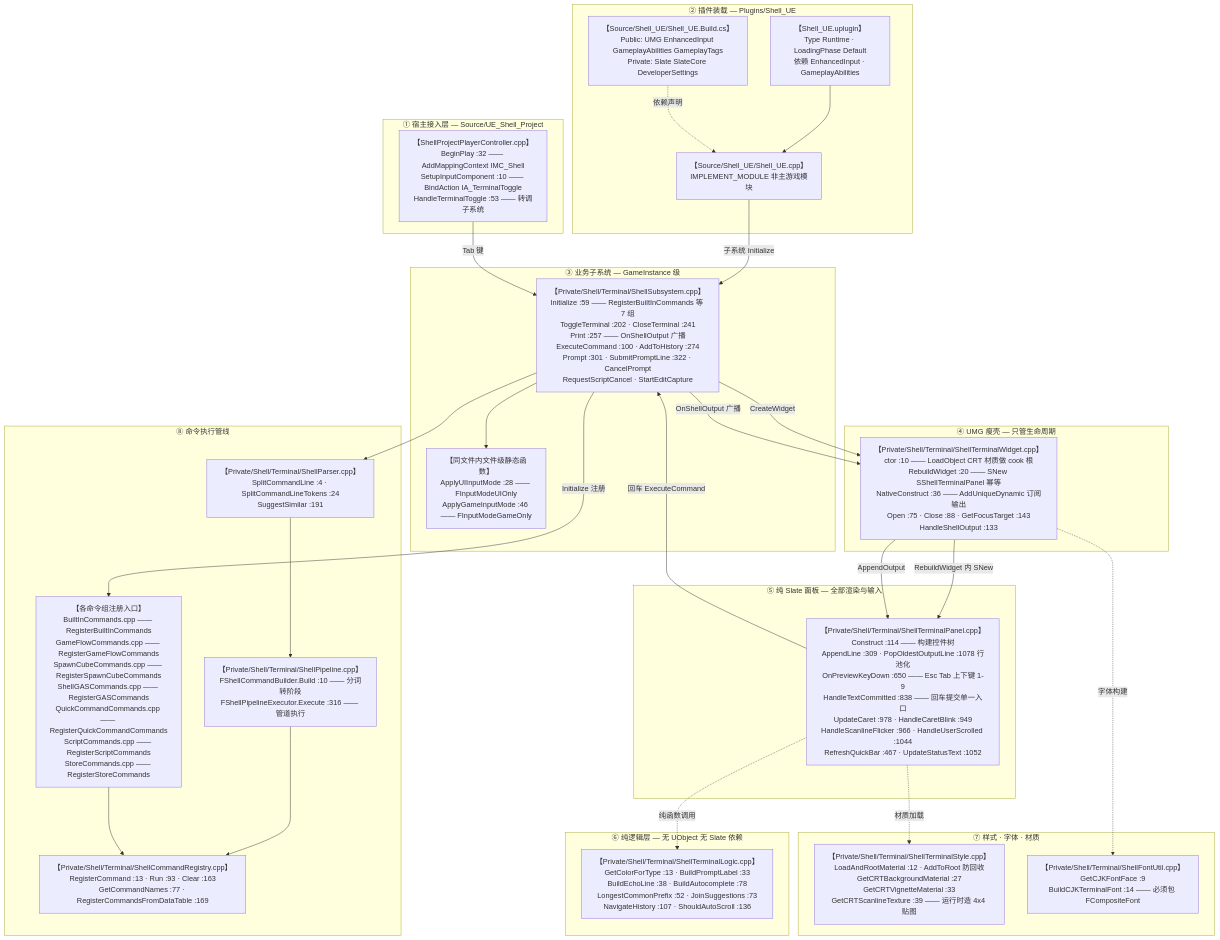
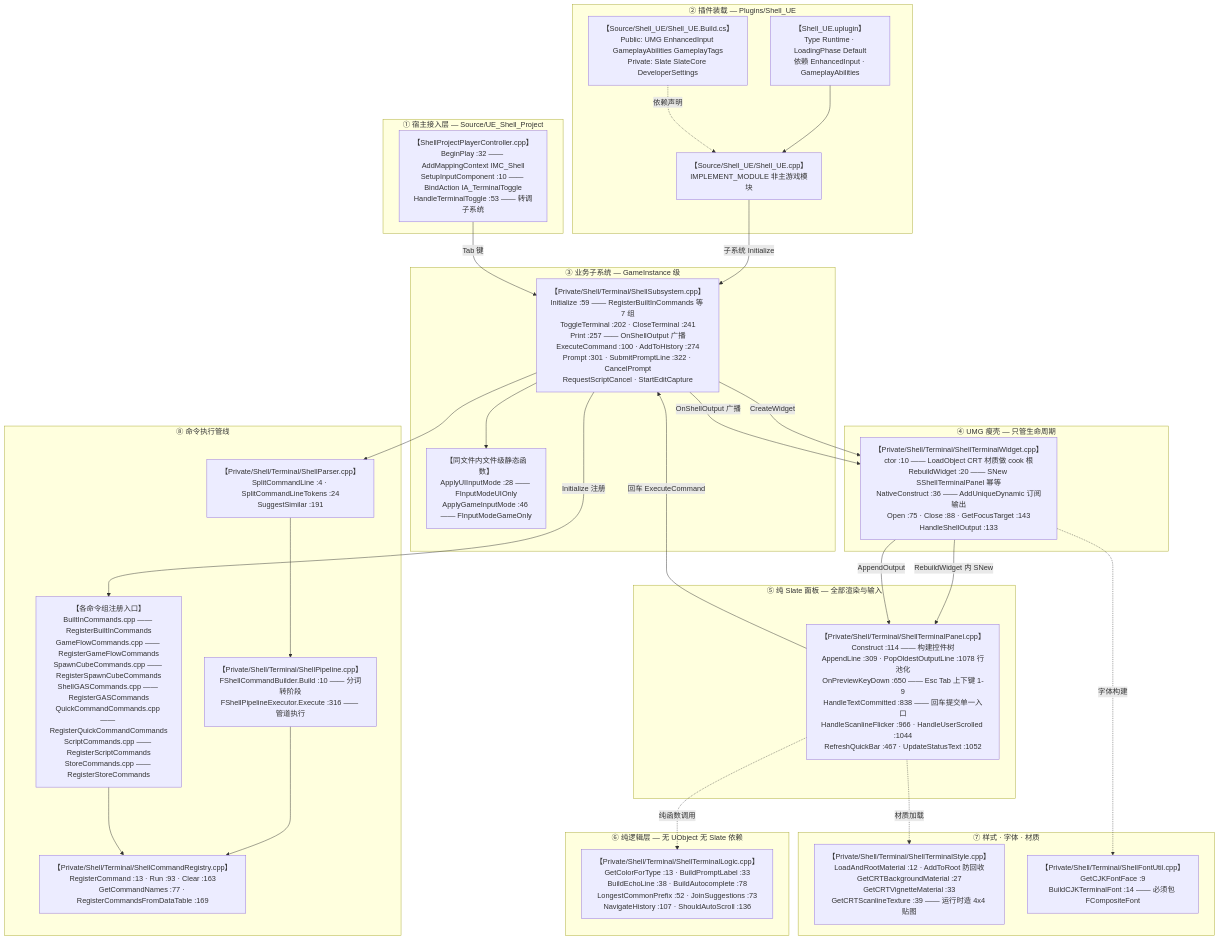
The first of 4 diagrams in docs/终端UI架构图_mermaid.md (youli42/UE_Shell_Project), drawn with Mermaid before and after one commit. The commit also changed other lines of this file and 2 other files, not shown here.

````diff
--- a/docs/终端UI架构图_mermaid.md
+++ b/docs/终端UI架构图_mermaid.md
@@ -10,60 +10,60 @@
 ```mermaid
 flowchart TD
     subgraph L0["① 宿主接入层 — Source/UE_Shell_Project"]
         H["【ShellProjectPlayerController.cpp】<br/>BeginPlay :32 —— AddMappingContext IMC_Shell<br/>SetupInputComponent :10 —— BindAction IA_TerminalToggle<br/>HandleTerminalToggle :53 —— 转调子系统"]
     end
 
     subgraph L1["② 插件装载 — Plugins/Shell_UE"]
         M1["【Shell_UE.uplugin】<br/>Type Runtime · LoadingPhase Default<br/>依赖 EnhancedInput · GameplayAbilities"]
         M2["【Source/Shell_UE/Shell_UE.cpp】<br/>IMPLEMENT_MODULE 非主游戏模块"]
         M3["【Source/Shell_UE/Shell_UE.Build.cs】<br/>Public: UMG EnhancedInput GameplayAbilities GameplayTags<br/>Private: Slate SlateCore DeveloperSettings"]
     end
 
     subgraph L2["③ 业务子系统 — GameInstance 级"]
         S1["【Private/Shell/Terminal/ShellSubsystem.cpp】<br/>Initialize :59 —— RegisterBuiltInCommands 等 7 组<br/>ToggleTerminal :202 · CloseTerminal :241<br/>Print :257 —— OnShellOutput 广播<br/>ExecuteCommand :100 · AddToHistory :274<br/>Prompt :301 · SubmitPromptLine :322 · CancelPrompt<br/>RequestScriptCancel · StartEditCapture"]
         S2["【同文件内文件级静态函数】<br/>ApplyUIInputMode :28 —— FInputModeUIOnly<br/>ApplyGameInputMode :46 —— FInputModeGameOnly"]
     end
 
     subgraph L3["④ UMG 瘦壳 — 只管生命周期"]
         W["【Private/Shell/Terminal/ShellTerminalWidget.cpp】<br/>ctor :10 —— LoadObject CRT 材质做 cook 根<br/>RebuildWidget :20 —— SNew SShellTerminalPanel 幂等<br/>NativeConstruct :36 —— AddUniqueDynamic 订阅输出<br/>Open :75 · Close :88 · GetFocusTarget :143<br/>HandleShellOutput :133"]
     end
 
     subgraph L4["⑤ 纯 Slate 面板 — 全部渲染与输入"]
-        P["【Private/Shell/Terminal/ShellTerminalPanel.cpp】<br/>Construct :114 —— 构建控件树<br/>AppendLine :309 · PopOldestOutputLine :1078 行池化<br/>OnPreviewKeyDown :650 —— Esc Tab 上下键 1-9<br/>HandleTextCommitted :838 —— 回车提交单一入口<br/>UpdateCaret :978 · HandleCaretBlink :949<br/>HandleScanlineFlicker :966 · HandleUserScrolled :1044<br/>RefreshQuickBar :467 · UpdateStatusText :1052"]
+        P["【Private/Shell/Terminal/ShellTerminalPanel.cpp】<br/>Construct :114 —— 构建控件树<br/>AppendLine :309 · PopOldestOutputLine :1078 行池化<br/>OnPreviewKeyDown :650 —— Esc Tab 上下键 1-9<br/>HandleTextCommitted :838 —— 回车提交单一入口<br/>HandleScanlineFlicker :966 · HandleUserScrolled :1044<br/>RefreshQuickBar :467 · UpdateStatusText :1052"]
     end
 
     subgraph L5["⑥ 纯逻辑层 — 无 UObject 无 Slate 依赖"]
         LG["【Private/Shell/Terminal/ShellTerminalLogic.cpp】<br/>GetColorForType :13 · BuildPromptLabel :33<br/>BuildEchoLine :38 · BuildAutocomplete :78<br/>LongestCommonPrefix :52 · JoinSuggestions :73<br/>NavigateHistory :107 · ShouldAutoScroll :136"]
     end
 
     subgraph L6["⑦ 样式 · 字体 · 材质"]
         ST["【Private/Shell/Terminal/ShellTerminalStyle.cpp】<br/>LoadAndRootMaterial :12 · AddToRoot 防回收<br/>GetCRTBackgroundMaterial :27<br/>GetCRTVignetteMaterial :33<br/>GetCRTScanlineTexture :39 —— 运行时造 4x4 贴图"]
         FNT["【Private/Shell/Terminal/ShellFontUtil.cpp】<br/>GetCJKFontFace :9<br/>BuildCJKTerminalFont :14 —— 必须包 FCompositeFont"]
     end
 
     subgraph L7["⑧ 命令执行管线"]
         PR["【Private/Shell/Terminal/ShellParser.cpp】<br/>SplitCommandLine :4 · SplitCommandLineTokens :24<br/>SuggestSimilar :191"]
         PL["【Private/Shell/Terminal/ShellPipeline.cpp】<br/>FShellCommandBuilder.Build :10 —— 分词转阶段<br/>FShellPipelineExecutor.Execute :316 —— 管道执行"]
         RG["【Private/Shell/Terminal/ShellCommandRegistry.cpp】<br/>RegisterCommand :13 · Run :93 · Clear :163<br/>GetCommandNames :77 · RegisterCommandsFromDataTable :169"]
         CMDS["【各命令组注册入口】<br/>BuiltInCommands.cpp —— RegisterBuiltInCommands<br/>GameFlowCommands.cpp —— RegisterGameFlowCommands<br/>SpawnCubeCommands.cpp —— RegisterSpawnCubeCommands<br/>ShellGASCommands.cpp —— RegisterGASCommands<br/>QuickCommandCommands.cpp —— RegisterQuickCommandCommands<br/>ScriptCommands.cpp —— RegisterScriptCommands<br/>StoreCommands.cpp —— RegisterStoreCommands"]
     end
 
     M1 --> M2
     M3 -.->|依赖声明| M2
     M2 -->|子系统 Initialize| S1
     H -->|Tab 键| S1
     S1 -->|CreateWidget| W
     S1 --> S2
     W -->|RebuildWidget 内 SNew| P
     S1 -->|OnShellOutput 广播| W
     W -->|AppendOutput| P
     P -->|回车 ExecuteCommand| S1
     P -.->|纯函数调用| LG
     P -.->|材质加载| ST
     W -.->|字体构建| FNT
     S1 --> PR
     PR --> PL
     PL --> RG
     S1 -->|Initialize 注册| CMDS
     CMDS --> RG
 ```
````
